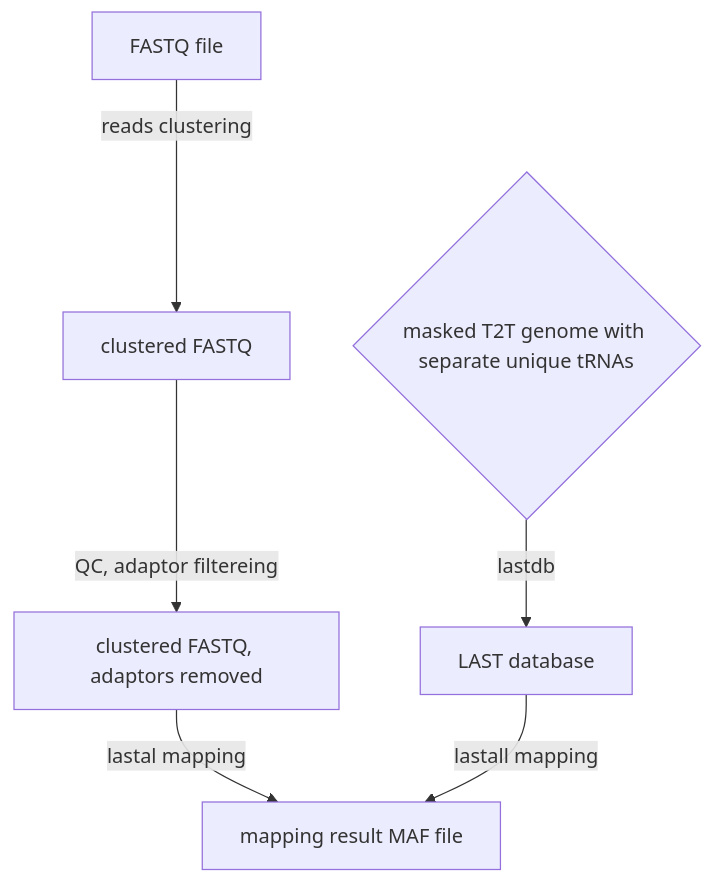
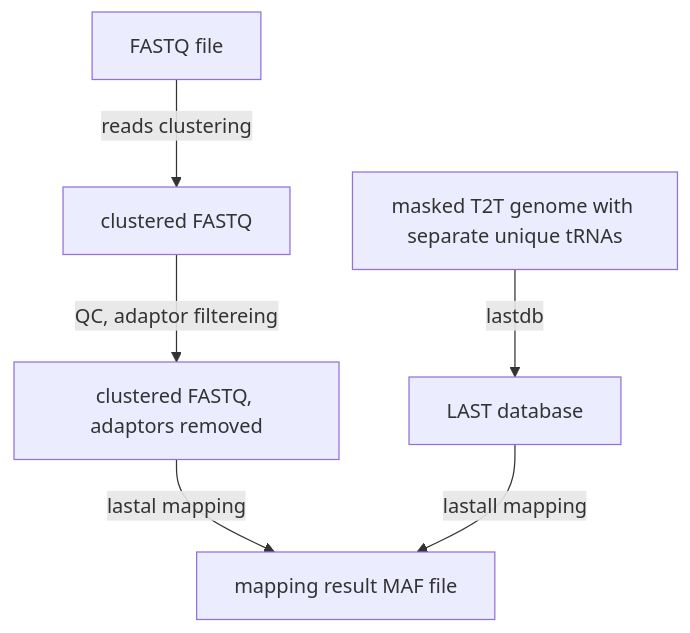
One commit to Cancer-Genomics-TH/tRNA_methyl changed the second of 2 diagrams in doc/workflow_mermaid.md. Above: the diagram before and after it, drawn with Mermaid.

Commit message:
FASTQ mapping format fix 2

````diff
--- a/doc/workflow_mermaid.md
+++ b/doc/workflow_mermaid.md
@@ -45,8 +45,8 @@
 ```mermaid
 graph TD
-    genome_for_mapping{masked T2T genome with separate unique tRNAs}-->|lastdb|last_database[LAST database]
+    genome_for_mapping[masked T2T genome with separate unique tRNAs]-->|lastdb|last_database[LAST database]
     input_fastq[FASTQ file] --> |reads clustering| clustered_fastq[clustered FASTQ]
     clustered_fastq --> |QC, adaptor filtereing| fastped_fastq[clustered FASTQ, adaptors removed ]
     fastped_fastq -->|lastal mapping|maf_result[mapping result MAF file]
     last_database -->|lastall mapping|maf_result
 ```
````
